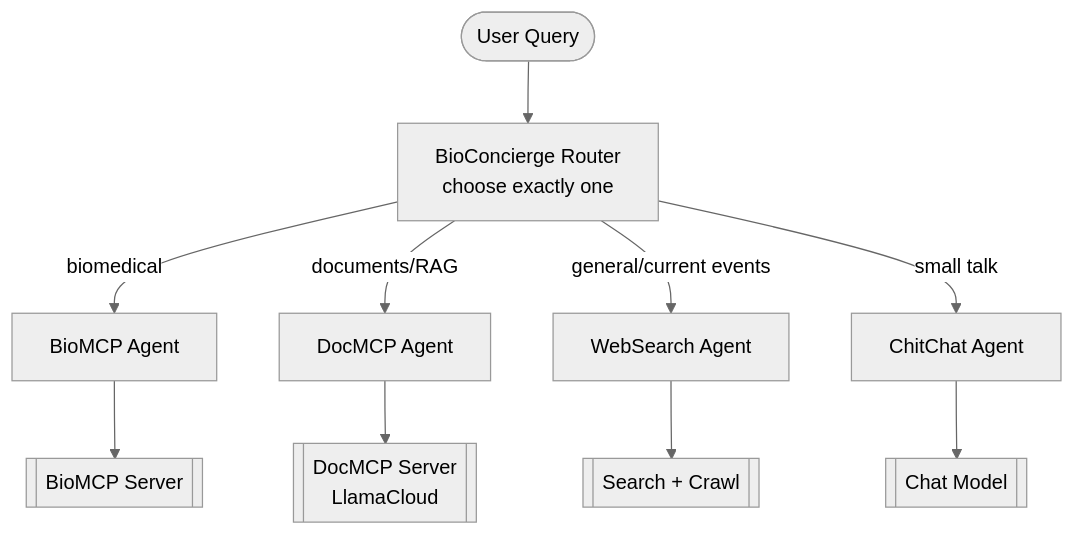
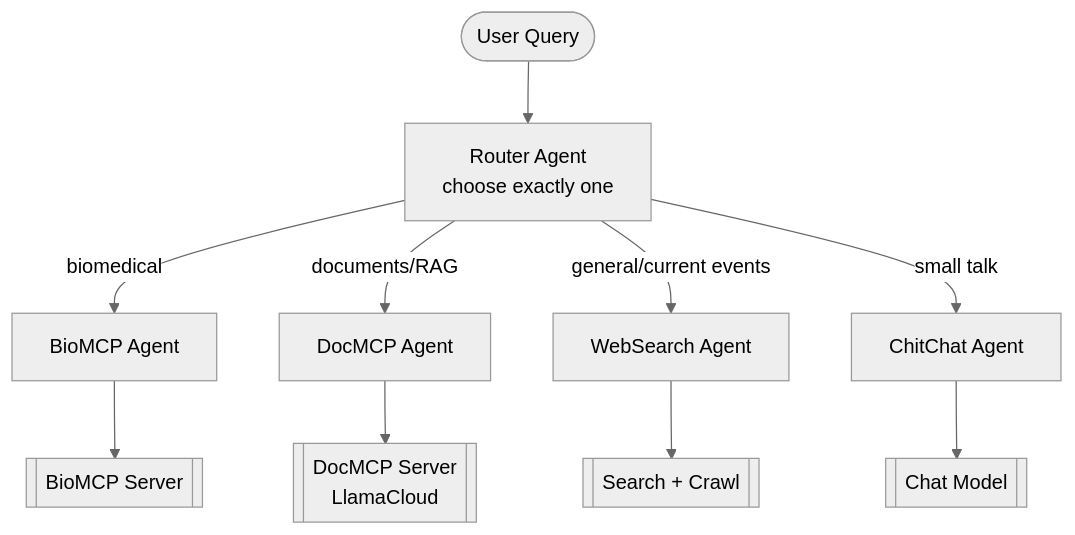
One commit to theodoremui/bioreasoning changed the second of 4 diagrams in README.md. Above: the diagram before and after it, drawn with Mermaid (neutral theme). The commit also changed other lines of this file and 14 other files, not shown here.

Commit message:
Working version of BioRouterAgent

````diff
--- a/README.md
+++ b/README.md
@@ -96,13 +96,13 @@
 ```mermaid
 flowchart TD
-    Q([User Query]) --> R["BioConcierge Router<br/>choose exactly one"]
+    Q([User Query]) --> R["Router Agent<br/>choose exactly one"]
     R -->|biomedical| A1[BioMCP Agent]
     R -->|documents/RAG| A2[DocMCP Agent]
     R -->|general/current events| A3[WebSearch Agent]
     R -->|small talk| A4[ChitChat Agent]
 
     A1 --> BioMCP[[BioMCP Server]]
     A2 --> DocMCP[[DocMCP Server<br/>LlamaCloud]]
     A3 --> Web[[Search + Crawl]]
     A4 --> LLM[[Chat Model]]
 ```
````
